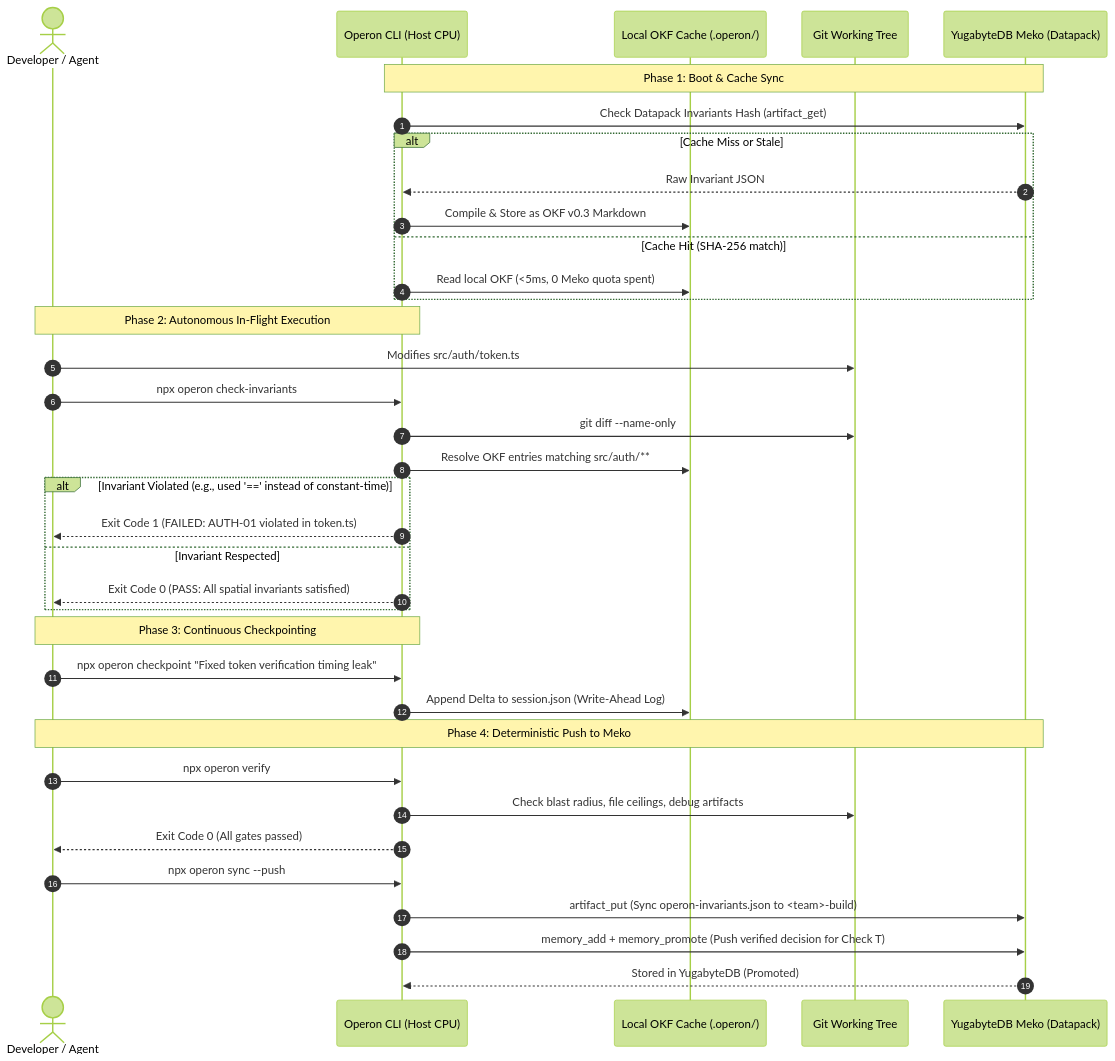
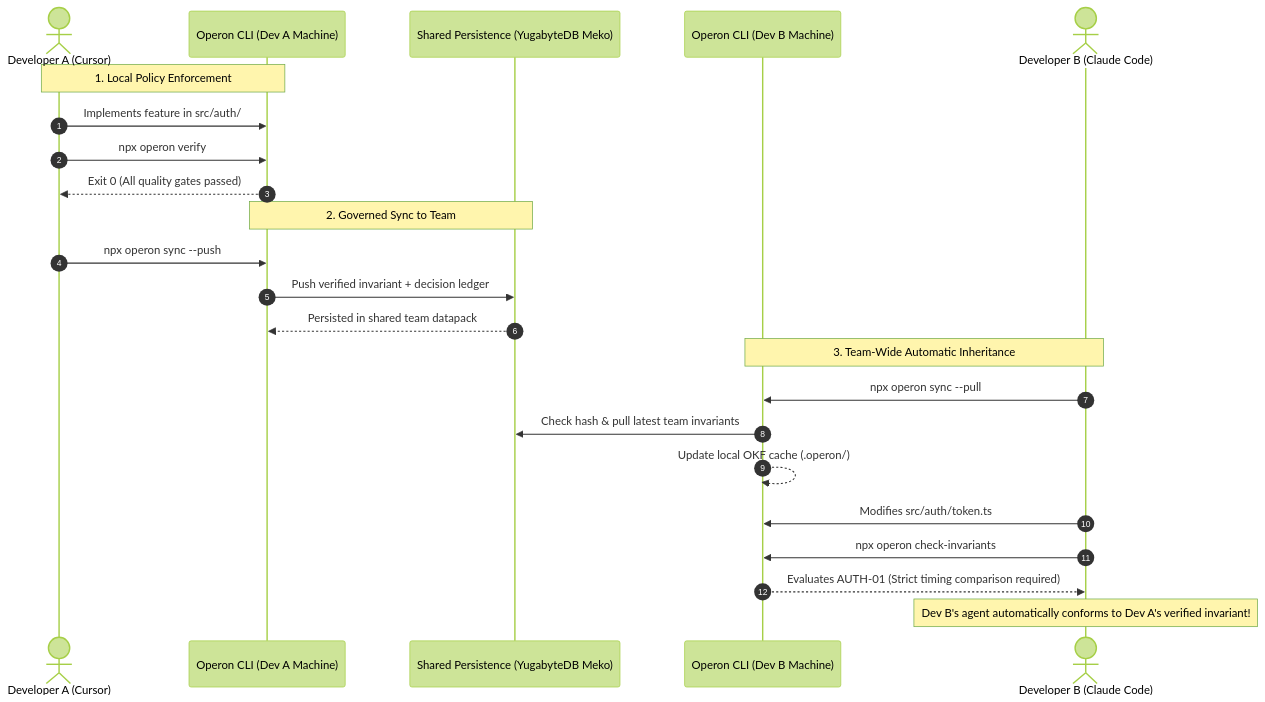
One commit to abrez-rizvi/operon changed the diagram in mvp.md. Above: the diagram before and after it, drawn with Mermaid (forest theme). The commit also changed other lines of this file and 1 other file, not shown here.

Commit message:
docs: establish team-wide AI governance architecture in MVP and Meko integration specs

````diff
--- a/mvp.md
+++ b/mvp.md
@@ -51,43 +90,29 @@
 ```mermaid
 sequenceDiagram
     autonumber
-    actor Dev as Developer / Agent
-    participant Host as Operon CLI (Host CPU)
-    participant Cache as Local OKF Cache (.operon/)
-    participant Git as Git Working Tree
-    participant Meko as YugabyteDB Meko (Datapack)
+    actor DevA as Developer A (Cursor)
+    participant HostA as Operon CLI (Dev A Machine)
+    participant TeamDB as Shared Persistence (YugabyteDB Meko)
+    participant HostB as Operon CLI (Dev B Machine)
+    actor DevB as Developer B (Claude Code)
 
-    Note over Host,Meko: Phase 1: Boot & Cache Sync
-    Host->>Meko: Check Datapack Invariants Hash (artifact_get)
-    alt Cache Miss or Stale
-        Meko-->>Host: Raw Invariant JSON
-        Host->>Cache: Compile & Store as OKF v0.3 Markdown
-    else Cache Hit (SHA-256 match)
-        Host->>Cache: Read local OKF (<5ms, 0 Meko quota spent)
-    end
+    Note over DevA,HostA: 1. Local Policy Enforcement
+    DevA->>HostA: Implements feature in src/auth/
+    DevA->>HostA: npx operon verify
+    HostA-->>DevA: Exit 0 (All quality gates passed)
 
-    Note over Dev,Host: Phase 2: Autonomous In-Flight Execution
-    Dev->>Git: Modifies src/auth/token.ts
-    Dev->>Host: npx operon check-invariants
-    Host->>Git: git diff --name-only
-    Host->>Cache: Resolve OKF entries matching src/auth/**
-    alt Invariant Violated (e.g., used '==' instead of constant-time)
-        Host-->>Dev: Exit Code 1 (FAILED: AUTH-01 violated in token.ts)
-    else Invariant Respected
-        Host-->>Dev: Exit Code 0 (PASS: All spatial invariants satisfied)
-    end
+    Note over HostA,TeamDB: 2. Governed Sync to Team
+    DevA->>HostA: npx operon sync --push
+    HostA->>TeamDB: Push verified invariant + decision ledger
+    TeamDB-->>HostA: Persisted in shared team datapack
 
-    Note over Dev,Host: Phase 3: Continuous Checkpointing
-    Dev->>Host: npx operon checkpoint "Fixed token verification timing leak"
-    Host->>Cache: Append Delta to session.json (Write-Ahead Log)
-
-    Note over Dev,Meko: Phase 4: Deterministic Push to Meko
-    Dev->>Host: npx operon verify
-    Host->>Git: Check blast radius, file ceilings, debug artifacts
-    Host-->>Dev: Exit Code 0 (All gates passed)
+    Note over HostB,DevB: 3. Team-Wide Automatic Inheritance
+    DevB->>HostB: npx operon sync --pull
+    HostB->>TeamDB: Check hash & pull latest team invariants
+    HostB-->>HostB: Update local OKF cache (.operon/)
     
-    Dev->>Host: npx operon sync --push
-    Host->>Meko: artifact_put (Sync operon-invariants.json to <team>-build)
-    Host->>Meko: memory_add + memory_promote (Push verified decision for Check T)
-    Meko-->>Host: Stored in YugabyteDB (Promoted)
+    DevB->>HostB: Modifies src/auth/token.ts
+    DevB->>HostB: npx operon check-invariants
+    HostB-->>DevB: Evaluates AUTH-01 (Strict timing comparison required)
+    Note over DevB: Dev B's agent automatically conforms to Dev A's verified invariant!
 ```
````
